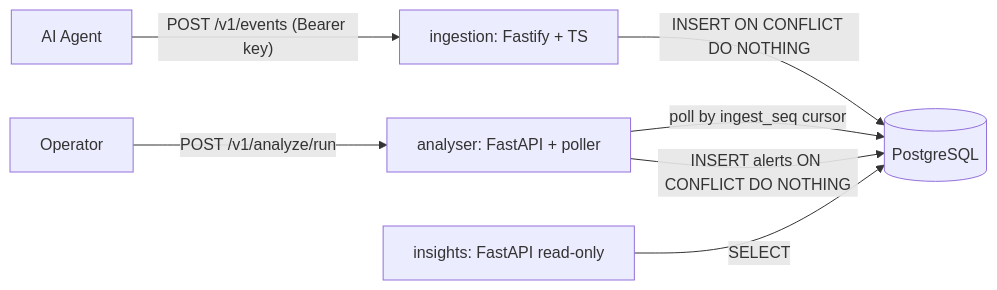
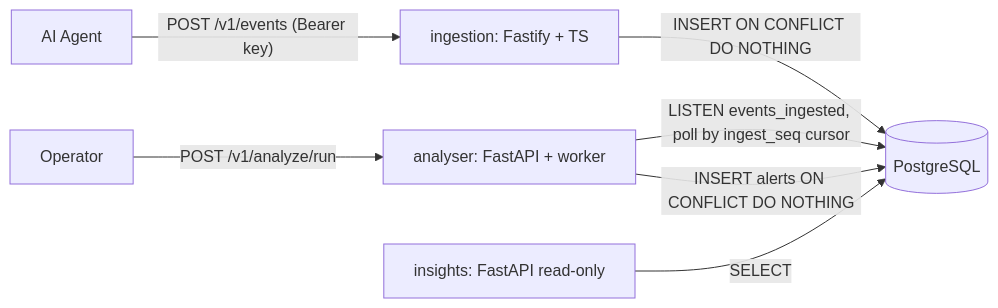
Before and after one commit to soffoalbert/kybershield: the diagram in SOLUTION.md, drawn with Mermaid. The commit also changed other lines of this file and 27 other files, not shown here.

````diff
--- a/SOLUTION.md
+++ b/SOLUTION.md
@@ -7,9 +5,9 @@
 ```mermaid
 flowchart LR
   Agent[AI Agent] -->|"POST /v1/events (Bearer key)"| Ingest[ingestion: Fastify + TS]
   Ingest -->|"INSERT ON CONFLICT DO NOTHING"| PG[(PostgreSQL)]
-  Analyser[analyser: FastAPI + poller] -->|"poll by ingest_seq cursor"| PG
+  Analyser[analyser: FastAPI + worker] -->|"LISTEN events_ingested, poll by ingest_seq cursor"| PG
   Analyser -->|"INSERT alerts ON CONFLICT DO NOTHING"| PG
   Insights[insights: FastAPI read-only] -->|SELECT| PG
   Ops[Operator] -->|"POST /v1/analyze/run"| Analyser
 ```
````
